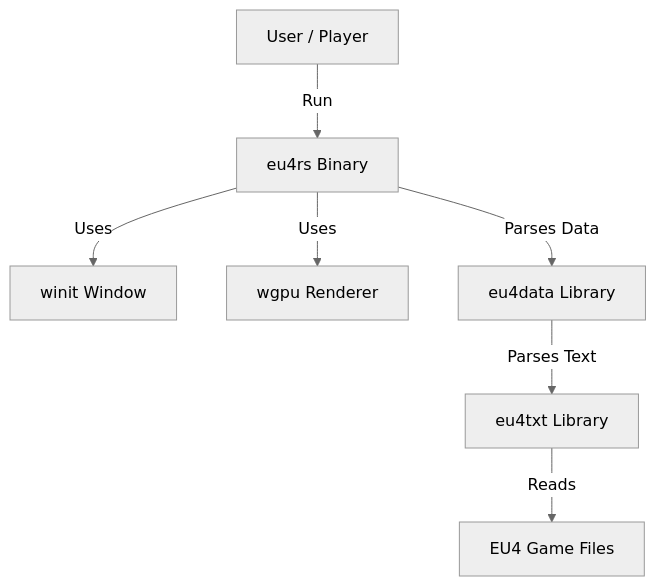
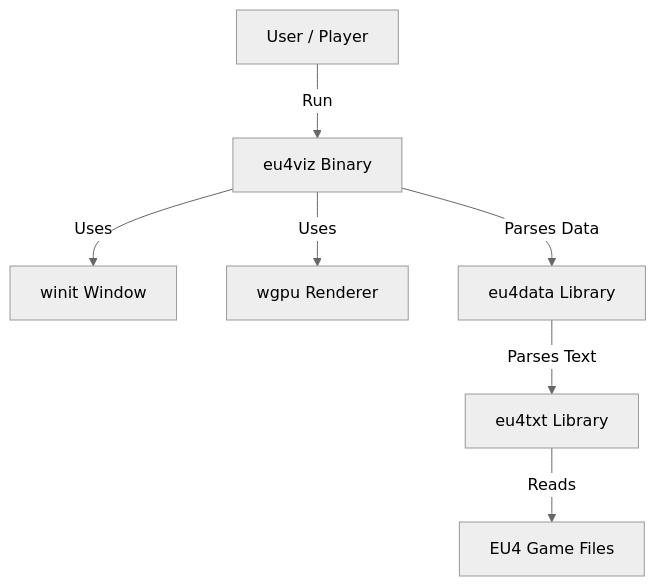
The diagram in docs/README.md (atvrager/eu4rs), drawn with Mermaid (neutral theme) before and after one commit. The commit also changed other lines of this file and 40 other files, not shown here.

Commit message:
refactor: rename eu4rs binary to eu4viz to distinguish from workspace

````diff
--- a/docs/README.md
+++ b/docs/README.md
@@ -15,9 +15,9 @@
 ```mermaid
 graph TD
-    User[User / Player] --> |Run| Binary[eu4rs Binary]
+    User[User / Player] --> |Run| Binary[eu4viz Binary]
     Binary --> |Uses| winit[winit Window]
     Binary --> |Uses| wgpu[wgpu Renderer]
     Binary --> |Parses Data| DataLib[eu4data Library]
     DataLib --> |Parses Text| Parser[eu4txt Library]
     Parser --> |Reads| GameFiles[EU4 Game Files]
 ```
````
